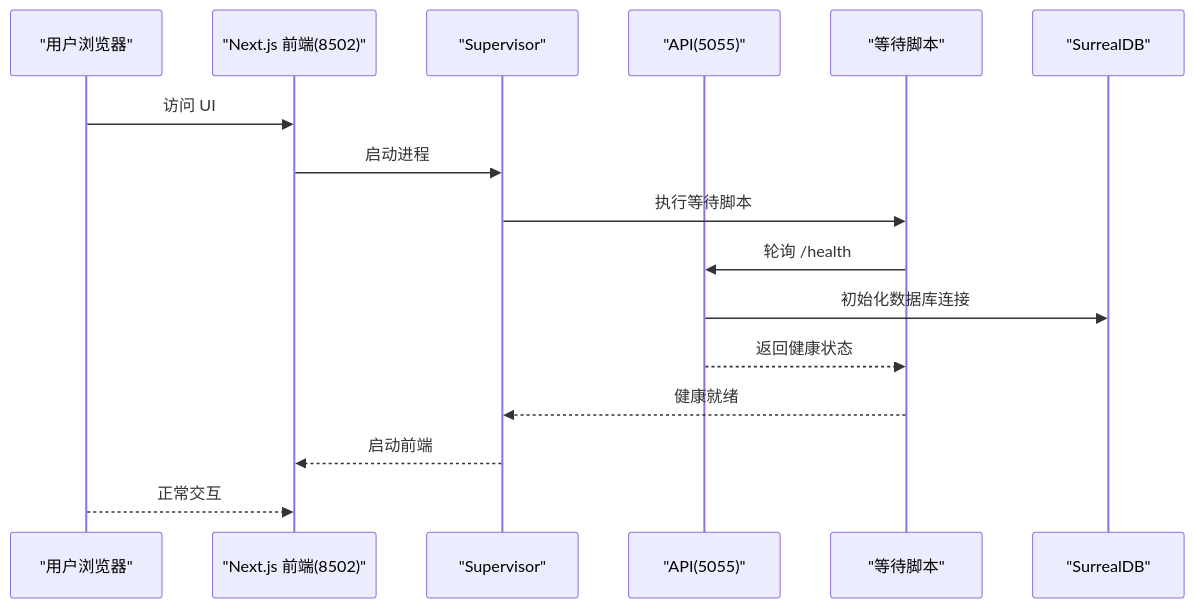
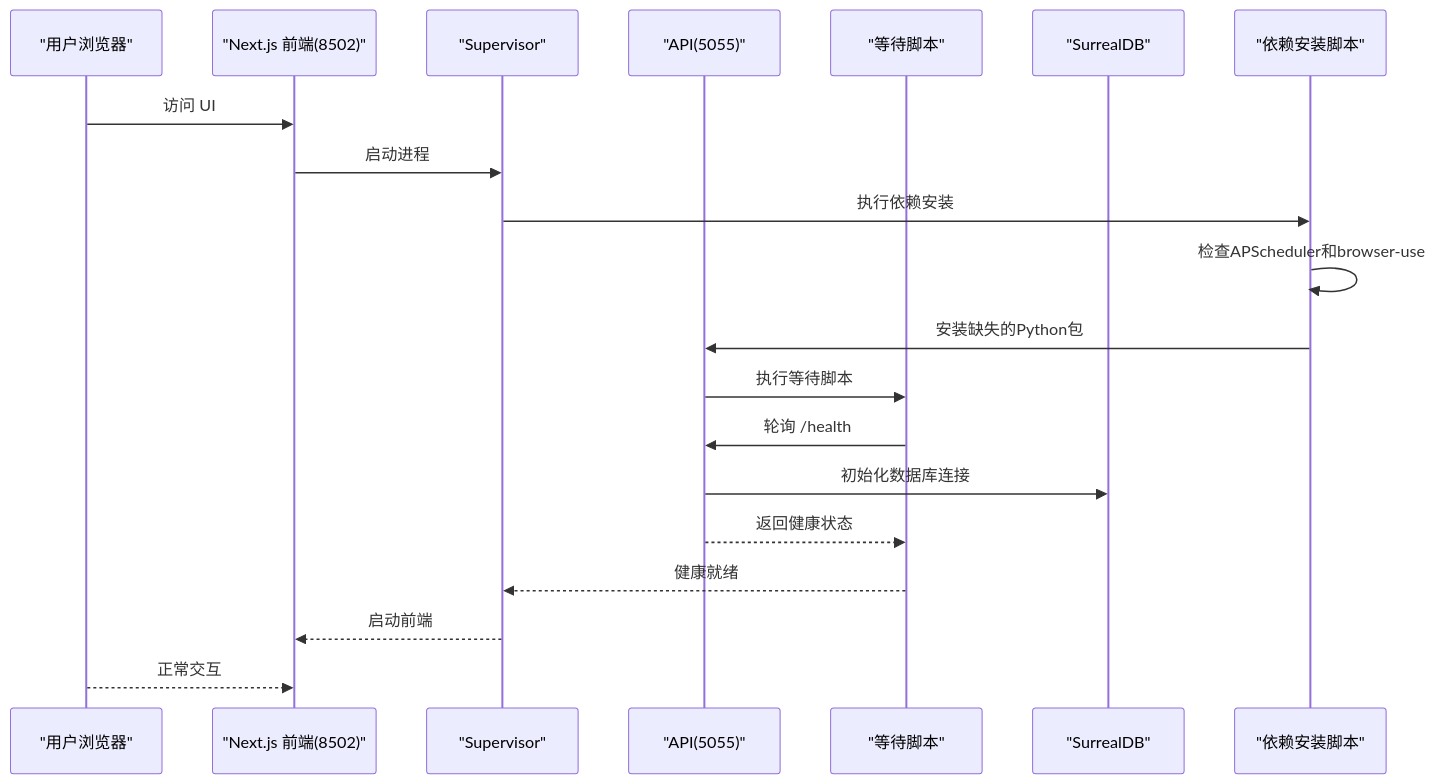
One commit to jackeyunjie/open-notebook changed the third of 6 diagrams in .qoder/repowiki/zh/content/安装与部署/Docker Compose 部署.md. Above: the diagram before and after it, drawn with Mermaid. The commit also changed other lines of this file and 11 other files, not shown here.

````diff
--- a/.qoder/repowiki/zh/content/安装与部署/Docker Compose 部署.md
+++ b/.qoder/repowiki/zh/content/安装与部署/Docker Compose 部署.md
@@ -234,18 +259,22 @@
 ```mermaid
 sequenceDiagram
 participant U as "用户浏览器"
 participant F as "Next.js 前端(8502)"
 participant S as "Supervisor"
 participant A as "API(5055)"
 participant W as "等待脚本"
 participant D as "SurrealDB"
+participant I as "依赖安装脚本"
 U->>F : 访问 UI
 F->>S : 启动进程
-S->>W : 执行等待脚本
+S->>I : 执行依赖安装
+I->>I : 检查APScheduler和browser-use
+I->>A : 安装缺失的Python包
+A->>W : 执行等待脚本
 W->>A : 轮询 /health
 A->>D : 初始化数据库连接
 A-->>W : 返回健康状态
 W-->>S : 健康就绪
 S-->>F : 启动前端
 U-->>F : 正常交互
 ```
````
